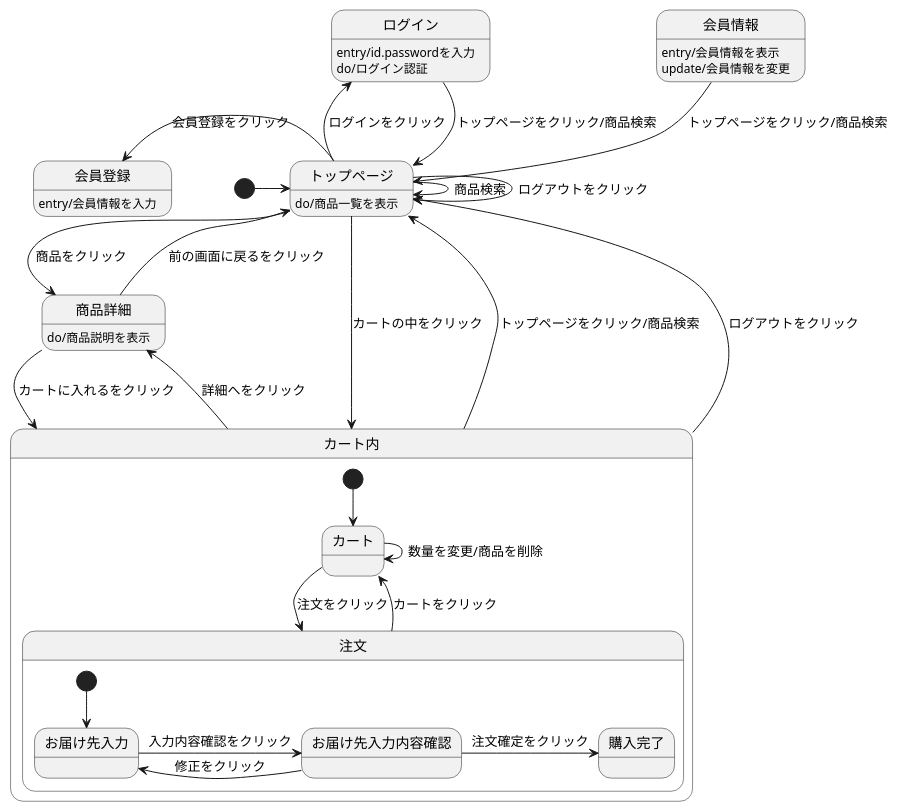
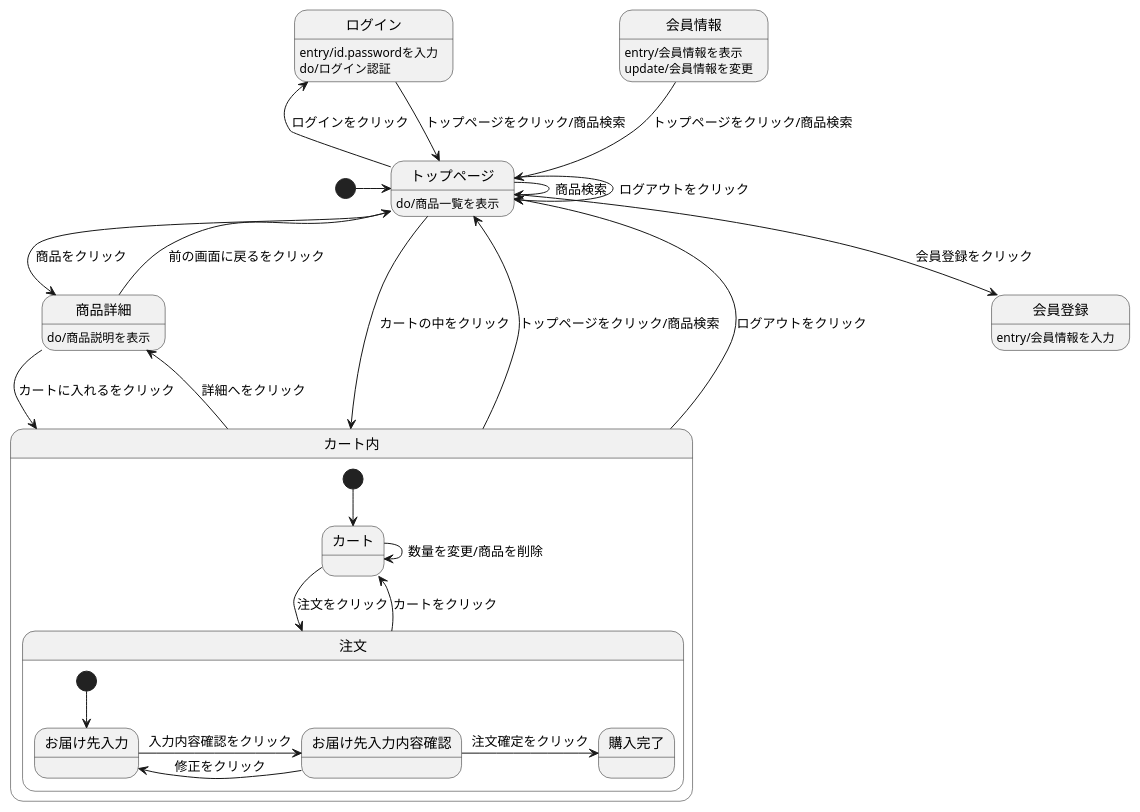
The diagram in shopping1.md (Aso2001027/2021sys-design), drawn with PlantUML before and after one commit.

````diff
--- a/shopping1.md
+++ b/shopping1.md
@@ -1,38 +1,38 @@
 ```uml
 @startuml
 [*] -> トップページ
 会員情報 --> トップページ : トップページをクリック/商品検索
 ログイン --> トップページ : トップページをクリック/商品検索
 ログイン : entry/id.passwordを入力
 ログイン : do/ログイン認証
 会員登録 : entry/会員情報を入力
 会員情報 : entry/会員情報を表示
 会員情報 : update/会員情報を変更
 トップページ --> トップページ : ログアウトをクリック
 トップページ -> トップページ : 商品検索
 トップページ -> 商品詳細 : 商品をクリック
-トップページ -left-> 会員登録 : 会員登録をクリック
+トップページ --> 会員登録 : 会員登録をクリック
 トップページ -left-> ログイン : ログインをクリック
 トップページ --> カート内 : カートの中をクリック
 トップページ : do/商品一覧を表示
 商品詳細 --> カート内 : カートに入れるをクリック
 商品詳細 --> トップページ : 前の画面に戻るをクリック
 商品詳細 : do/商品説明を表示
 カート内 -up-> トップページ : トップページをクリック/商品検索
 カート内 -up-> トップページ : ログアウトをクリック
 カート内 -> 商品詳細 : 詳細へをクリック
 
 state カート内{
 [*] --> カート
 カート -> 注文 : 注文をクリック
 カート -> カート : 数量を変更/商品を削除
 注文 --> カート : カートをクリック
 state 注文 {
 [*] --> お届け先入力
 お届け先入力 -> お届け先入力内容確認 : 入力内容確認をクリック
 お届け先入力内容確認 -> お届け先入力 : 修正をクリック
 お届け先入力内容確認 -> 購入完了 : 注文確定をクリック
   }
 }
 @enduml
 ```
````
